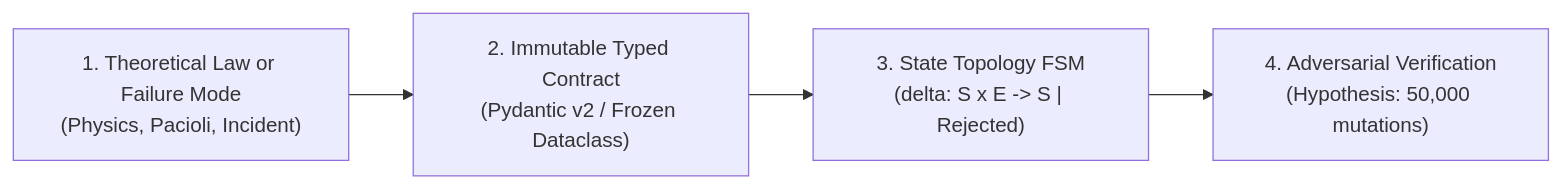
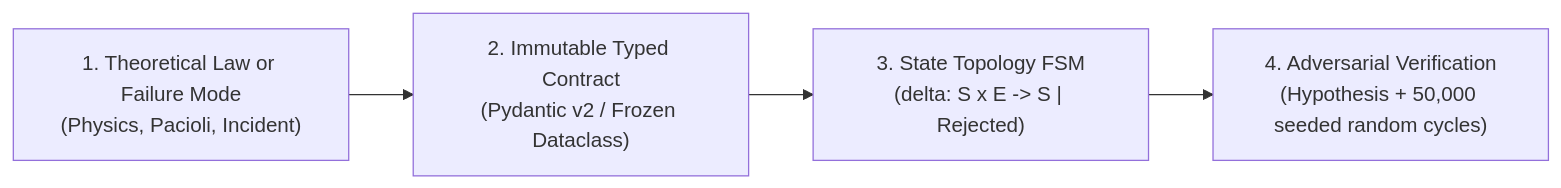
The first of 4 diagrams in papers/guardrails/DETERMINISTIC-GUARDRAILS-TECHNICAL-MANUAL.md (esstipi-debug/mellon), drawn with Mermaid before and after one commit. The commit also changed other lines of this file and 4 other files, not shown here.

````diff
--- a/papers/guardrails/DETERMINISTIC-GUARDRAILS-TECHNICAL-MANUAL.md
+++ b/papers/guardrails/DETERMINISTIC-GUARDRAILS-TECHNICAL-MANUAL.md
@@ -20,6 +20,6 @@
 ```mermaid
 flowchart LR
     F["1. Theoretical Law or Failure Mode\n(Physics, Pacioli, Incident)"] --> C["2. Immutable Typed Contract\n(Pydantic v2 / Frozen Dataclass)"]
     C --> T["3. State Topology FSM\n(delta: S x E -> S | Rejected)"]
-    T --> H["4. Adversarial Verification\n(Hypothesis: 50,000 mutations)"]
+    T --> H["4. Adversarial Verification\n(Hypothesis + 50,000 seeded random cycles)"]
 ```
````
